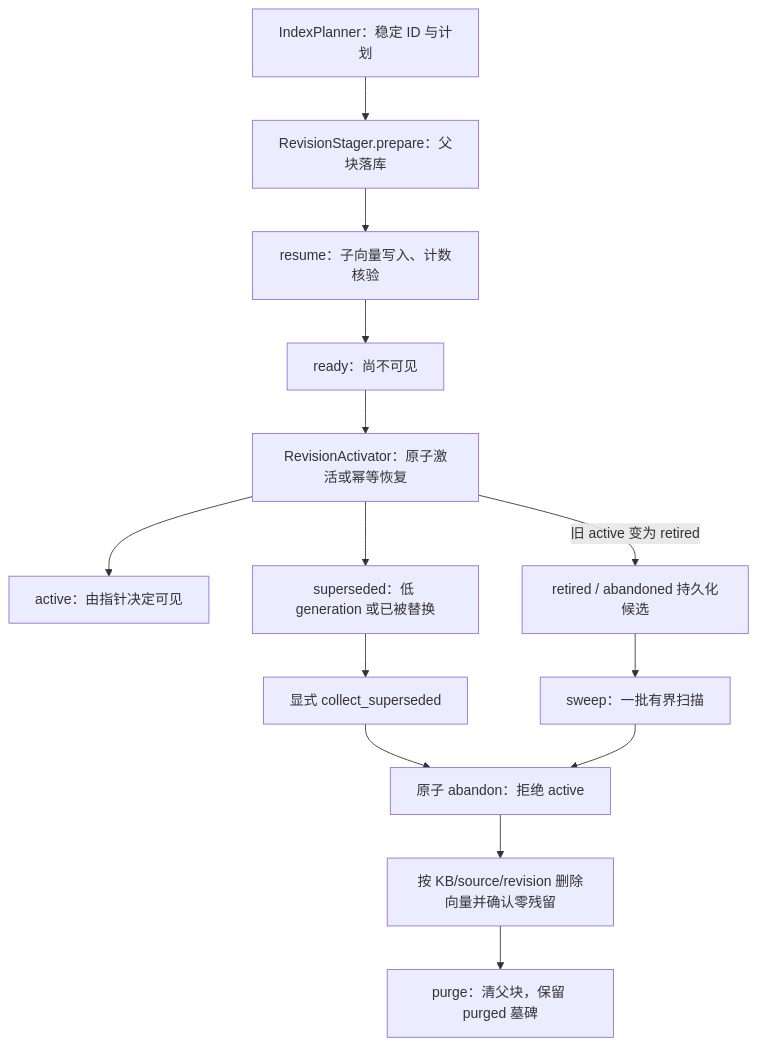
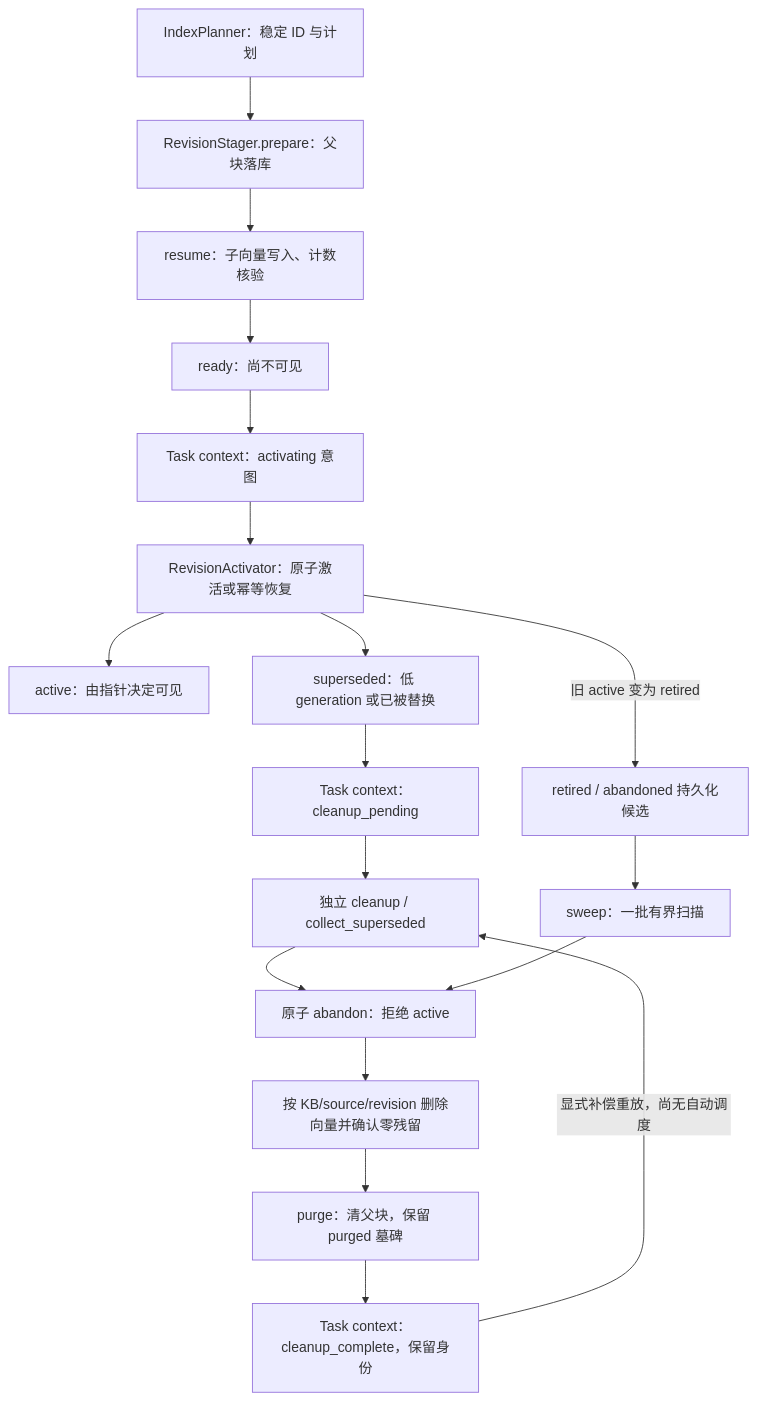
Before and after one commit to comet-7x/comet-rag: the fourth of 5 diagrams in docs/structure.md, drawn with Mermaid. The commit also changed other lines of this file and 7 other files, not shown here.

````diff
--- a/docs/structure.md
+++ b/docs/structure.md
@@ -188,16 +192,20 @@
 ```mermaid
 flowchart TD
     plan["IndexPlanner：稳定 ID 与计划"] --> prepare["RevisionStager.prepare：父块落库"]
     prepare --> resume["resume：子向量写入、计数核验"]
     resume --> ready["ready：尚不可见"]
-    ready --> activate["RevisionActivator：原子激活或幂等恢复"]
+    ready --> intent["Task context：activating 意图"]
+    intent --> activate["RevisionActivator：原子激活或幂等恢复"]
     activate --> active["active：由指针决定可见"]
     activate --> superseded["superseded：低 generation 或已被替换"]
-    superseded --> collect["显式 collect_superseded"]
+    superseded --> receipt["Task context：cleanup_pending"]
+    receipt --> collect["独立 cleanup / collect_superseded"]
     collect --> abandon["原子 abandon：拒绝 active"]
     candidates["retired / abandoned 持久化候选"] --> sweep["sweep：一批有界扫描"]
     activate -->|"旧 active 变为 retired"| candidates
     sweep --> abandon
     abandon --> delete["按 KB/source/revision 删除向量并确认零残留"]
     delete --> purge["purge：清父块，保留 purged 墓碑"]
+    purge --> complete["Task context：cleanup_complete，保留身份"]
+    complete -->|"显式补偿重放，尚无自动调度"| collect
 ```
````
